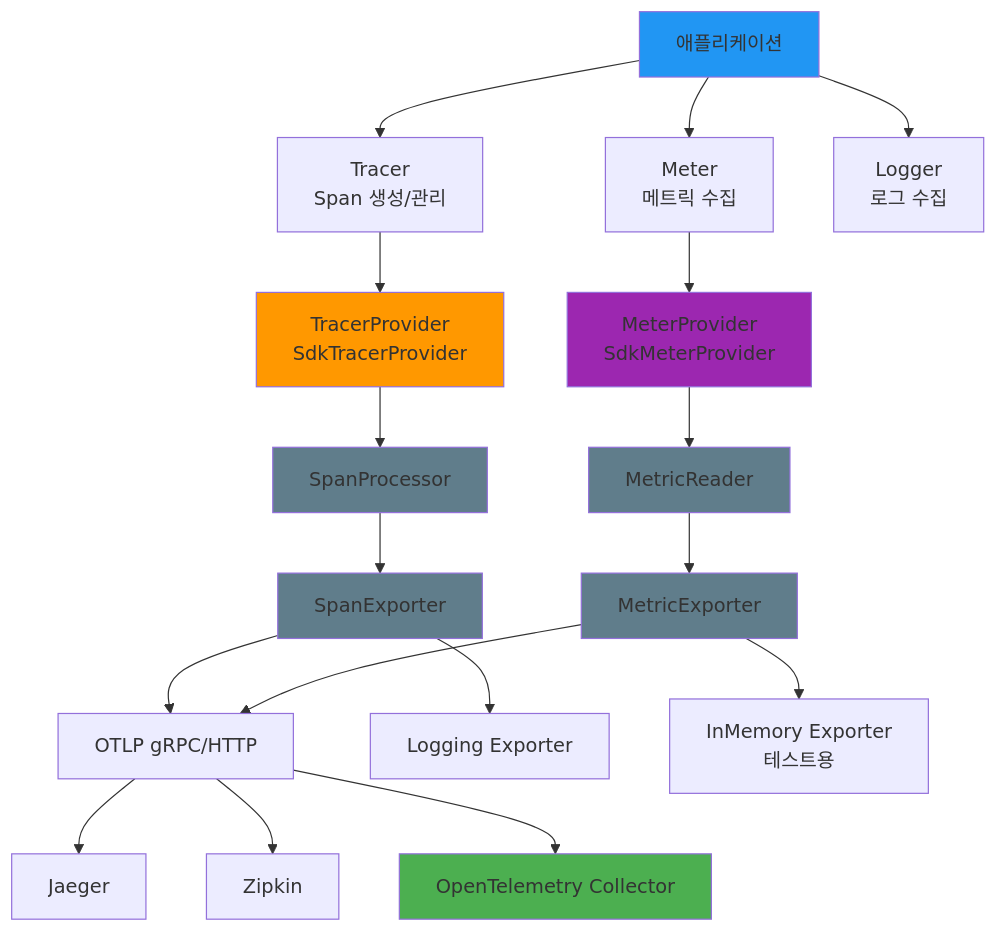
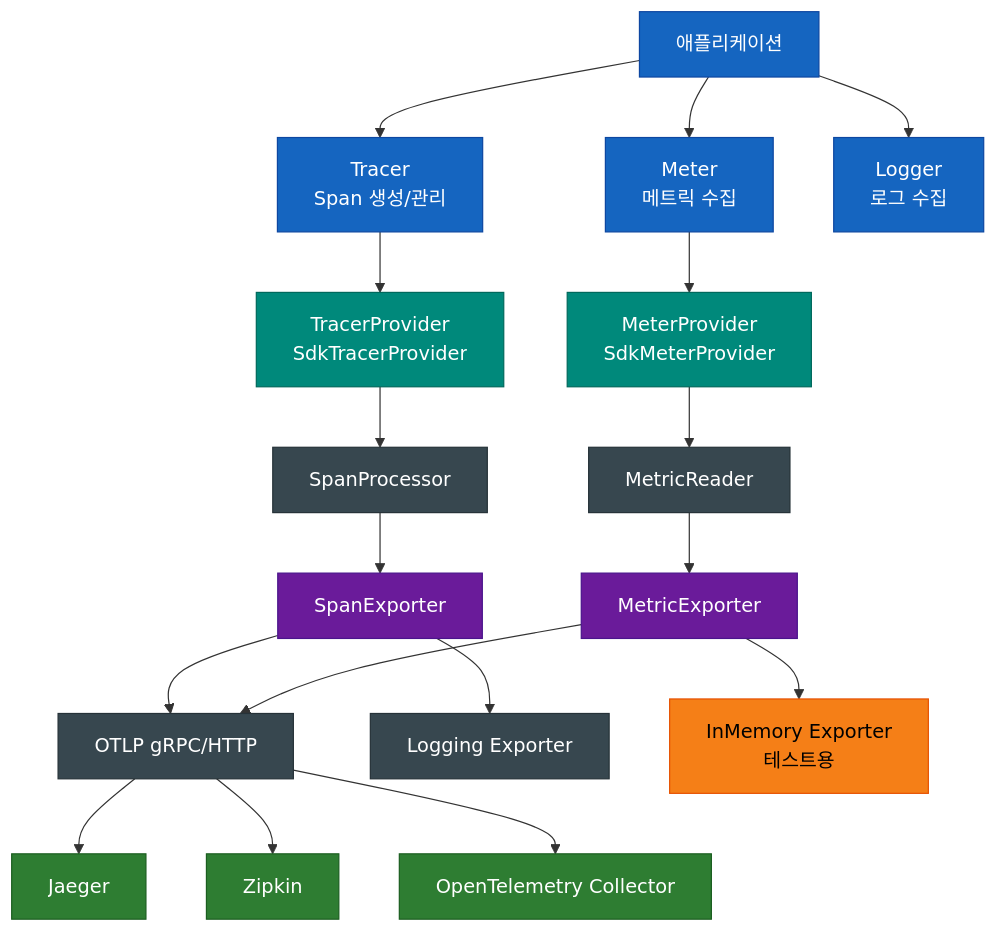
The second of 4 diagrams in infra/opentelemetry/README.ko.md (bluetape4k/bluetape4k-projects), drawn with Mermaid before and after one commit. The commit also changed other lines of this file and 221 other files, not shown here.

First line of the commit message:
docs: 전체 모듈 README UML 다이어그램 보강 및 색상 업그레이드

````diff
--- a/infra/opentelemetry/README.ko.md
+++ b/infra/opentelemetry/README.ko.md
@@ -316,33 +324,47 @@
 ```mermaid
 flowchart TD
     App[애플리케이션] --> Tracer[Tracer<br/>Span 생성/관리]
     App --> Meter[Meter<br/>메트릭 수집]
     App --> Logger[Logger<br/>로그 수집]
 
     Tracer --> TP[TracerProvider<br/>SdkTracerProvider]
     Meter --> MP[MeterProvider<br/>SdkMeterProvider]
 
     TP --> SP[SpanProcessor]
     SP --> SE[SpanExporter]
 
     MP --> MR[MetricReader]
     MR --> ME[MetricExporter]
 
     SE --> OTLP[OTLP gRPC/HTTP]
     SE --> LogExp[Logging Exporter]
     ME --> OTLP
     ME --> InMem[InMemory Exporter<br/>테스트용]
 
     OTLP --> Jaeger[Jaeger]
     OTLP --> Zipkin[Zipkin]
     OTLP --> OtelCol[OpenTelemetry Collector]
 
-    style App fill:#2196F3
-    style TP fill:#FF9800
-    style MP fill:#9C27B0
-    style OtelCol fill:#4CAF50
-    style SP fill:#607D8B
-    style SE fill:#607D8B
-    style MR fill:#607D8B
-    style ME fill:#607D8B
+    classDef appStyle fill:#1565C0,stroke:#0D47A1,color:#FFFFFF
+    classDef providerStyle fill:#00897B,stroke:#00695C,color:#FFFFFF
+    classDef processorStyle fill:#37474F,stroke:#263238,color:#FFFFFF
+    classDef exporterStyle fill:#6A1B9A,stroke:#4A148C,color:#FFFFFF
+    classDef backendStyle fill:#2E7D32,stroke:#1B5E20,color:#FFFFFF
+
+    style App fill:#1565C0,stroke:#0D47A1,color:#FFFFFF
+    style Tracer fill:#1565C0,stroke:#0D47A1,color:#FFFFFF
+    style Meter fill:#1565C0,stroke:#0D47A1,color:#FFFFFF
+    style Logger fill:#1565C0,stroke:#0D47A1,color:#FFFFFF
+    style TP fill:#00897B,stroke:#00695C,color:#FFFFFF
+    style MP fill:#00897B,stroke:#00695C,color:#FFFFFF
+    style SP fill:#37474F,stroke:#263238,color:#FFFFFF
+    style MR fill:#37474F,stroke:#263238,color:#FFFFFF
+    style SE fill:#6A1B9A,stroke:#4A148C,color:#FFFFFF
+    style ME fill:#6A1B9A,stroke:#4A148C,color:#FFFFFF
+    style OTLP fill:#37474F,stroke:#263238,color:#FFFFFF
+    style LogExp fill:#37474F,stroke:#263238,color:#FFFFFF
+    style InMem fill:#F57F17,stroke:#E65100,color:#000000
+    style OtelCol fill:#2E7D32,stroke:#1B5E20,color:#FFFFFF
+    style Jaeger fill:#2E7D32,stroke:#1B5E20,color:#FFFFFF
+    style Zipkin fill:#2E7D32,stroke:#1B5E20,color:#FFFFFF
 ```
````
